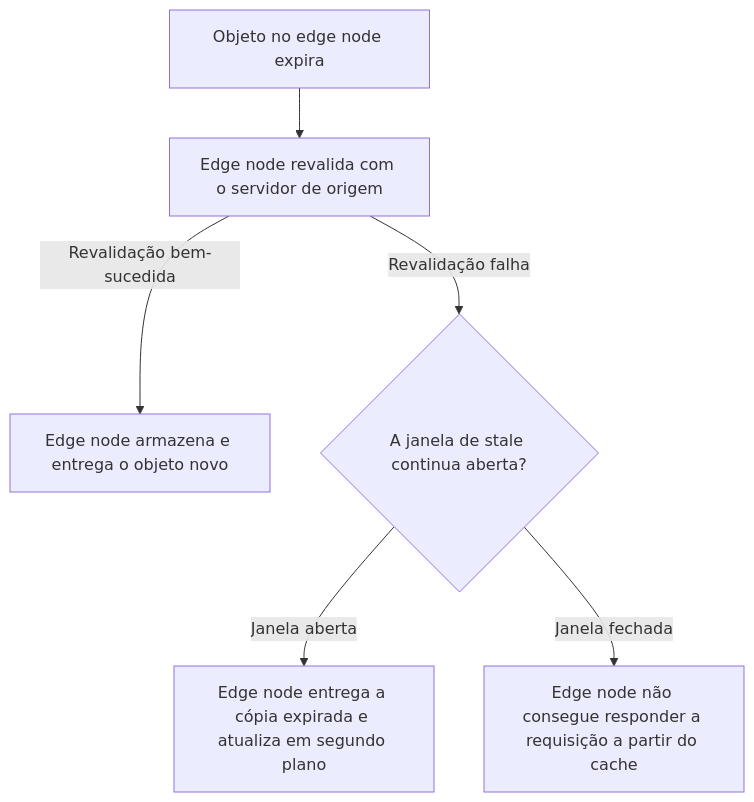
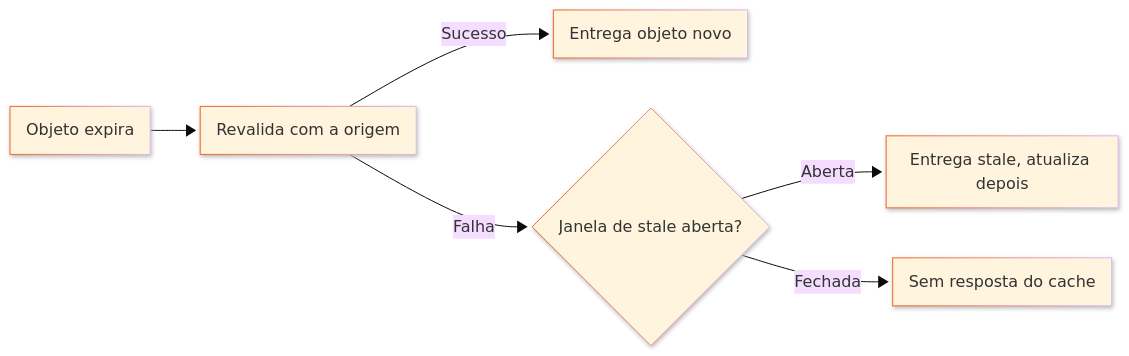
The second of 2 diagrams in src/content/docs/pt-br/pages/menu-principal/referencia/build/edge-application/cache-how-it-works.mdx (souzavinny/azion-docs), drawn with Mermaid before and after one commit. The commit also changed other lines of this file and 2 other files, not shown here.

Commit message:
fix(mermaid): fix raw theme

````diff
--- a/src/content/docs/pt-br/pages/menu-principal/referencia/build/edge-application/cache-how-it-works.mdx
+++ b/src/content/docs/pt-br/pages/menu-principal/referencia/build/edge-application/cache-how-it-works.mdx
@@ -102,8 +100,9 @@
 ```mermaid
-flowchart TD
-  A[Objeto no edge node expira] --> B[Edge node revalida com o servidor de origem]
-  B -- Revalidação bem-sucedida --> C[Edge node armazena e entrega o objeto novo]
-  B -- Revalidação falha --> D{A janela de stale continua aberta?}
-  D -- Janela aberta --> E[Edge node entrega a cópia expirada e atualiza em segundo plano]
-  D -- Janela fechada --> F[Edge node não consegue responder a requisição a partir do cache]
+%%{init: {'look':'neo','theme':'base','themeVariables':{'primaryBorderColor':'#F3652B'}}}%%
+flowchart LR
+  A[Objeto expira] --> B[Revalida com a origem]
+  B -- Sucesso --> C[Entrega objeto novo]
+  B -- Falha --> D{Janela de stale aberta?}
+  D -- Aberta --> E[Entrega stale, atualiza depois]
+  D -- Fechada --> F[Sem resposta do cache]
 ```
````
